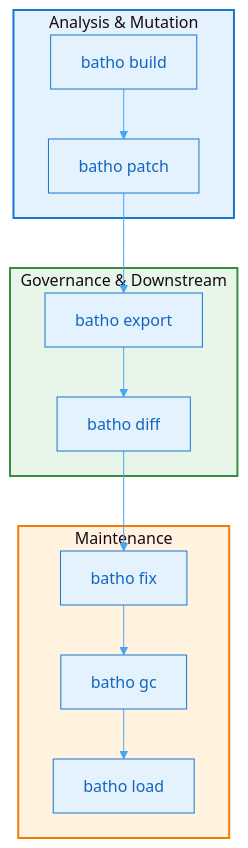
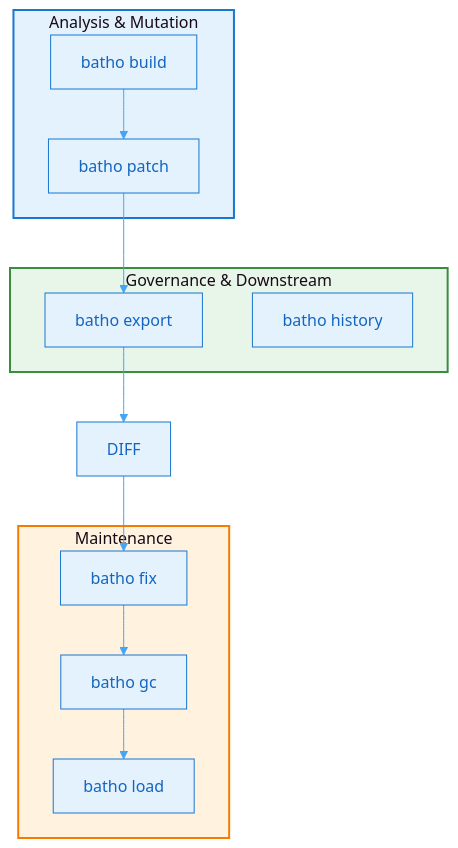
One commit to sageoz/Batho changed the fourth of 4 diagrams in docs-site/docs/whitepaper/deployment.md. Above: the diagram before and after it, drawn with Mermaid. The commit also changed 229 other files, not shown here.

````diff
--- a/docs-site/docs/whitepaper/deployment.md
+++ b/docs-site/docs/whitepaper/deployment.md
@@ -163,30 +163,30 @@
 ```mermaid
 %%{init: {'theme': 'base', 'themeVariables': { 'primaryColor': '#e3f2fd', 'primaryTextColor': '#1565c0', 'primaryBorderColor': '#1976d2', 'lineColor': '#42a5f5', 'secondaryColor': '#f3e5f5', 'tertiaryColor': '#e8f5e9'}}}%%
 flowchart TB
     subgraph Analysis["Analysis & Mutation"]
         BUILD["batho build"]
         PATCH["batho patch"]
     end
 
     subgraph Governance["Governance & Downstream"]
         EXPORT["batho export"]
-        DIFF["batho diff"]
+        HISTORY["batho history"]
     end
 
     subgraph Maintenance["Maintenance"]
         FIX["batho fix"]
         GC["batho gc"]
         LOAD["batho load"]
     end
 
     BUILD --> PATCH
     PATCH --> EXPORT
     EXPORT --> DIFF
     DIFF --> FIX
     FIX --> GC
     GC --> LOAD
 
     style Analysis fill:#e3f2fd,stroke:#1976d2,stroke-width:2px
     style Governance fill:#e8f5e9,stroke:#388e3c,stroke-width:2px
     style Maintenance fill:#fff3e0,stroke:#f57c00,stroke-width:2px
 ```
````
